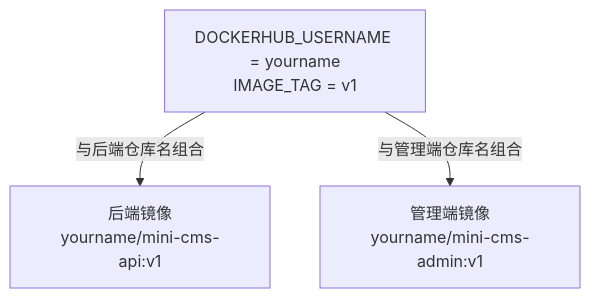
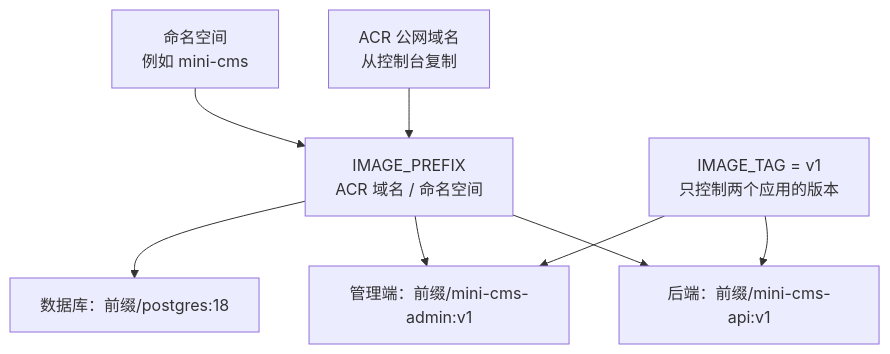
The sixth of 11 diagrams in backend/backend-system-learning/20A-用宝塔和Docker-Compose部署MiniCMS.md (jiajianhui/learning-notes), drawn with Mermaid before and after one commit. The commit also changed other lines of this file and 3 other files, not shown here.

````diff
--- a/backend/backend-system-learning/20A-用宝塔和Docker-Compose部署MiniCMS.md
+++ b/backend/backend-system-learning/20A-用宝塔和Docker-Compose部署MiniCMS.md
@@ -496,8 +513,10 @@
 ```mermaid
 flowchart TD
-    U["DOCKERHUB_USERNAME = yourname<br/>IMAGE_TAG = v1"]
-    A["后端镜像<br/>yourname/mini-cms-api:v1"]
-    W["管理端镜像<br/>yourname/mini-cms-admin:v1"]
-    U -->|与后端仓库名组合| A
-    U -->|与管理端仓库名组合| W
+    H["ACR 公网域名<br/>从控制台复制"] --> P["IMAGE_PREFIX<br/>ACR 域名 / 命名空间"]
+    N["命名空间<br/>例如 mini-cms"] --> P
+    P --> A["后端：前缀/mini-cms-api:v1"]
+    P --> W["管理端：前缀/mini-cms-admin:v1"]
+    P --> D["数据库：前缀/postgres:18"]
+    T["IMAGE_TAG = v1<br/>只控制两个应用的版本"] --> A
+    T --> W
 ```
````
